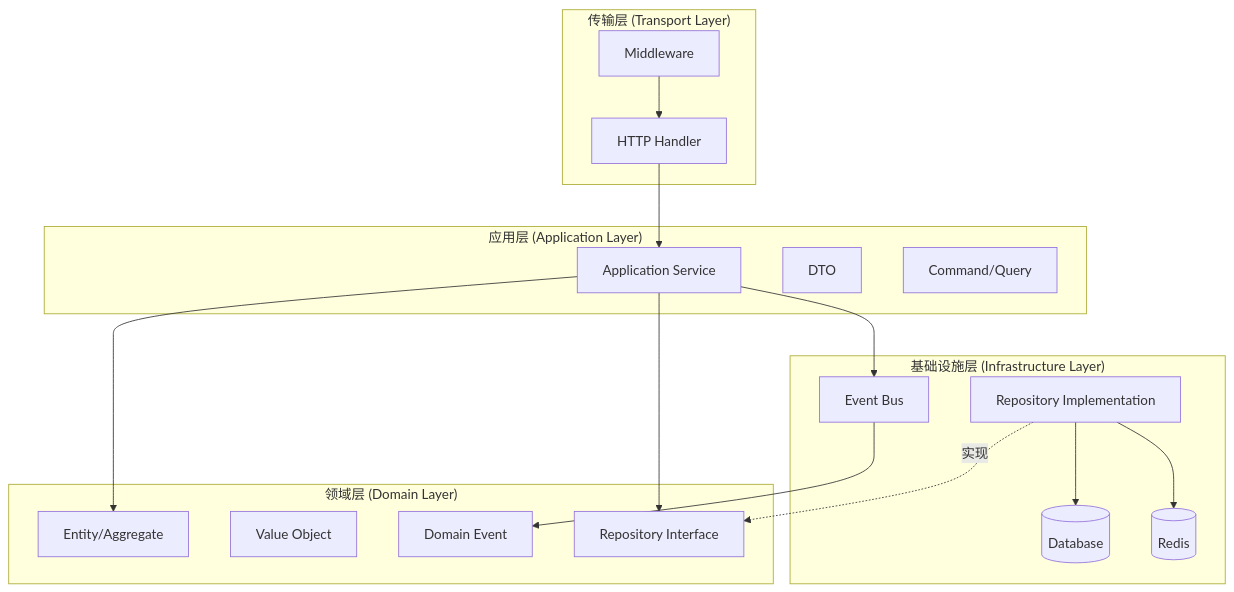
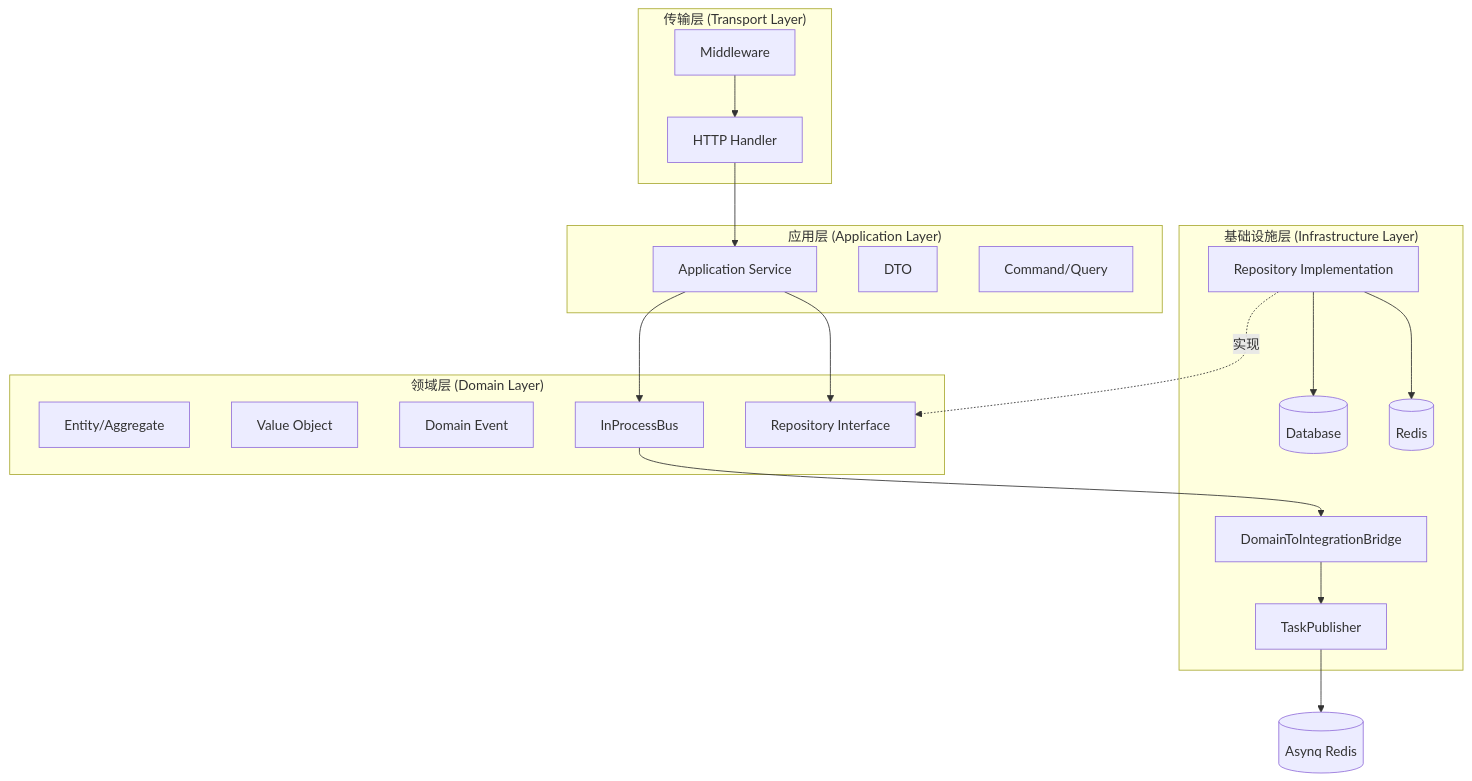
The first of 3 diagrams in docs/architecture/DDD_ARCHITECTURE.md (shenfay/go-ddd-scaffold), drawn with Mermaid before and after one commit. The commit also changed other lines of this file and 23 other files, not shown here.

````diff
--- a/docs/architecture/DDD_ARCHITECTURE.md
+++ b/docs/architecture/DDD_ARCHITECTURE.md
@@ -21,37 +21,40 @@
 ```mermaid
 graph TB
     subgraph Transport["传输层 (Transport Layer)"]
         HTTP[HTTP Handler]
         MW[Middleware]
     end
     
     subgraph Application["应用层 (Application Layer)"]
         Service[Application Service]
         DTO[DTO]
         Command[Command/Query]
     end
     
     subgraph Domain["领域层 (Domain Layer)"]
         Entity[Entity/Aggregate]
         VO[Value Object]
         DomainEvent[Domain Event]
+        Bus[InProcessBus]
         RepoInterface[Repository Interface]
     end
     
     subgraph Infrastructure["基础设施层 (Infrastructure Layer)"]
         RepoImpl[Repository Implementation]
         DB[(Database)]
         Redis[(Redis)]
-        EventBus[Event Bus]
+        Bridge[DomainToIntegrationBridge]
+        TaskPub[TaskPublisher]
     end
     
     HTTP --> Service
     MW --> HTTP
-    Service --> Entity
     Service --> RepoInterface
+    Service --> Bus
     RepoImpl -.实现.-> RepoInterface
     RepoImpl --> DB
     RepoImpl --> Redis
-    Service --> EventBus
-    EventBus --> DomainEvent
+    Bus --> Bridge
+    Bridge --> TaskPub
+    TaskPub --> Asynq[(Asynq Redis)]
 ```
````
